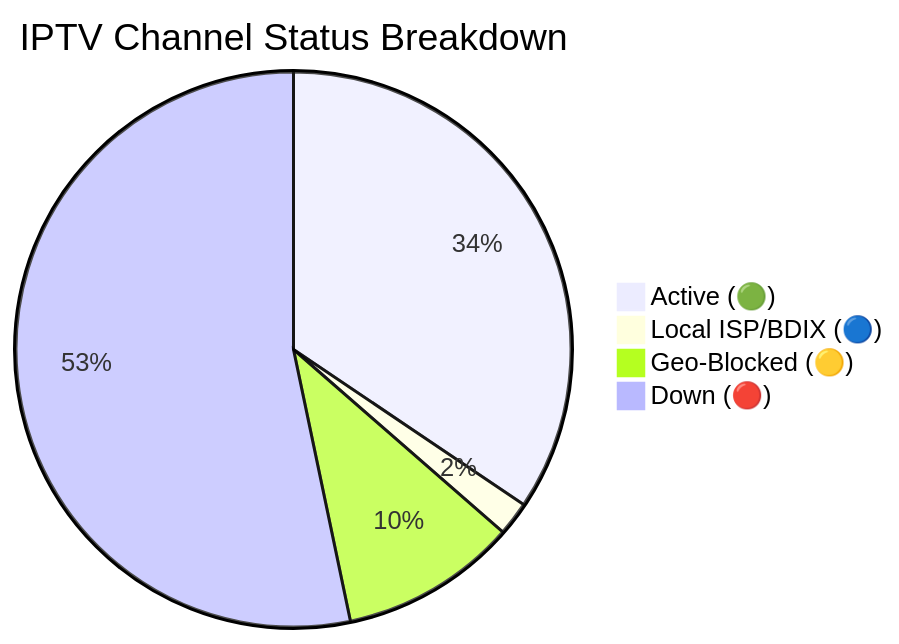
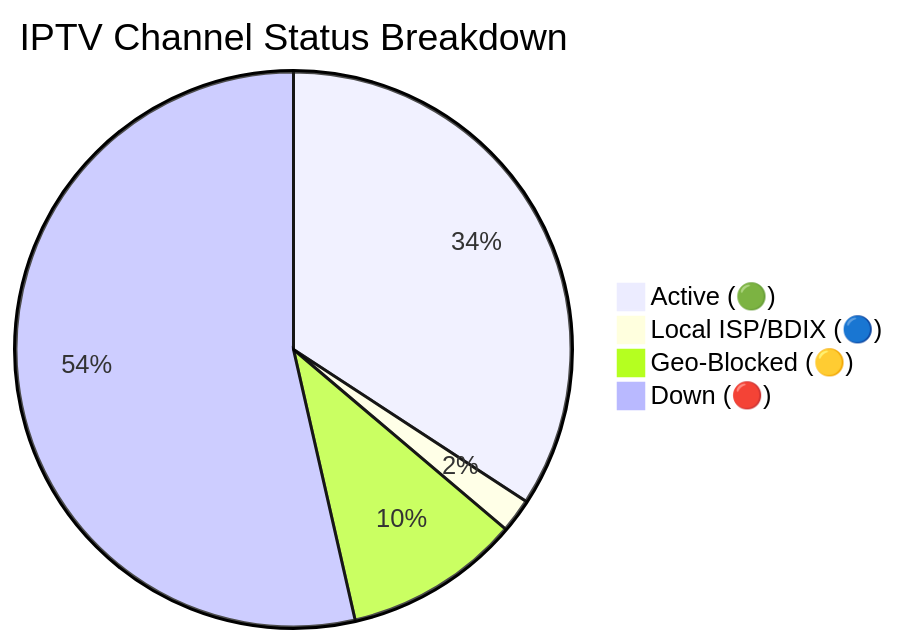
The diagram in README.md (andreataylord/Ip-tv-Collection), drawn with Mermaid before and after one commit. The commit also changed other lines of this file and 1 other file, not shown here.

Commit message:
docs(readme): auto-update daily channel status chart

````diff
--- a/README.md
+++ b/README.md
@@ -59,7 +59,7 @@
 ```mermaid
 pie title IPTV Channel Status Breakdown
-    "Active (🟢)" : 2231
+    "Active (🟢)" : 2216
     "Local ISP/BDIX (🔵)" : 128
-    "Geo-Blocked (🟡)" : 667
-    "Down (🔴)" : 3452
+    "Geo-Blocked (🟡)" : 664
+    "Down (🔴)" : 3470
 ```
````
